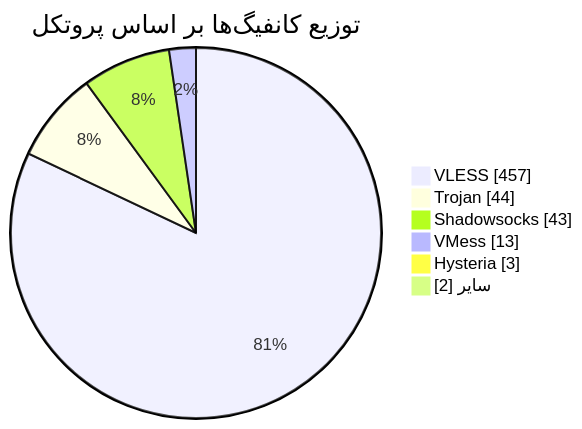
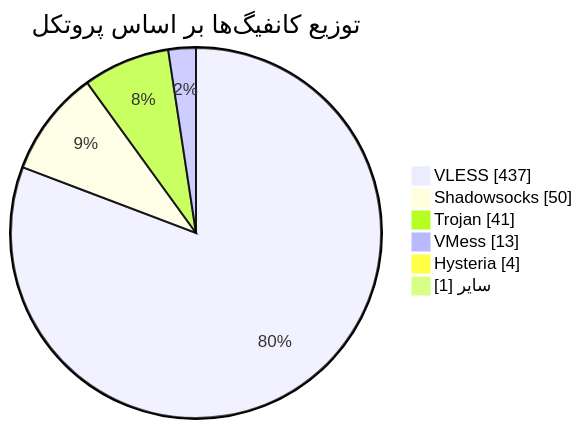
The diagram in README.md (Arian-Alijani/Somthing), drawn with Mermaid before and after one commit. The commit also changed other lines of this file and 83 other files, not shown here.

````diff
--- a/README.md
+++ b/README.md
@@ -48,10 +48,10 @@
 ```mermaid
 pie showData
     title توزیع کانفیگ‌ها بر اساس پروتکل
-    "VLESS" : 457
-    "Trojan" : 44
-    "Shadowsocks" : 43
+    "VLESS" : 437
+    "Shadowsocks" : 50
+    "Trojan" : 41
     "VMess" : 13
-    "Hysteria" : 3
-    "سایر" : 2
+    "Hysteria" : 4
+    "سایر" : 1
 ```
````
